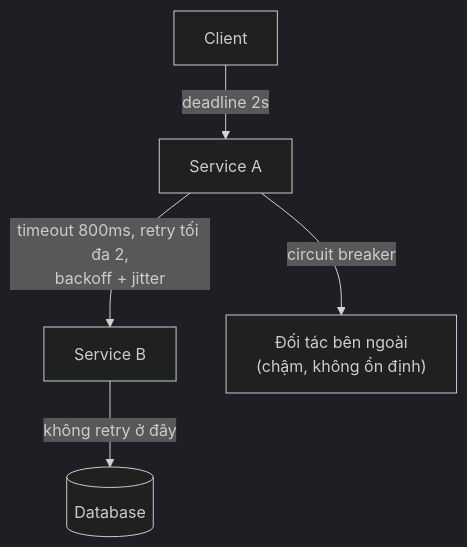
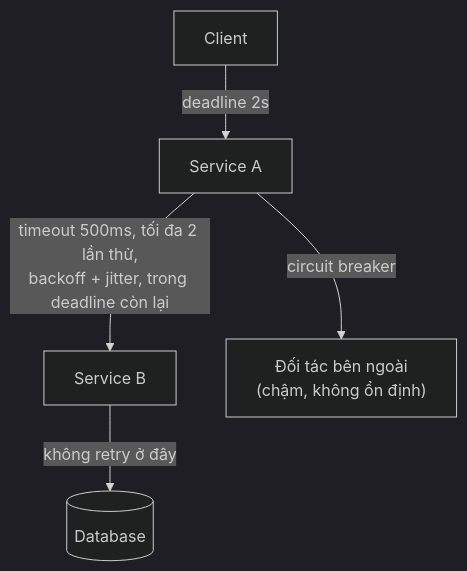
Before and after one commit to Fatalshears/GlitchGallery: the third of 5 diagrams in content/ai-era/senior-engineering-topics.md, drawn with Mermaid (dark theme). The commit also changed other lines of this file and 6 other files, not shown here.

````diff
--- a/content/ai-era/senior-engineering-topics.md
+++ b/content/ai-era/senior-engineering-topics.md
@@ -138,7 +140,7 @@
 ```mermaid
 flowchart TB
   C[Client] -->|"deadline 2s"| A[Service A]
-  A -->|"timeout 800ms, retry tối đa 2,<br/>backoff + jitter"| B[Service B]
+  A -->|"timeout 500ms, tối đa 2 lần thử,<br/>backoff + jitter, trong deadline còn lại"| B[Service B]
   A -->|"circuit breaker"| P["Đối tác bên ngoài<br/>(chậm, không ổn định)"]
   B -->|"không retry ở đây"| DB[(Database)]
 ```
````
